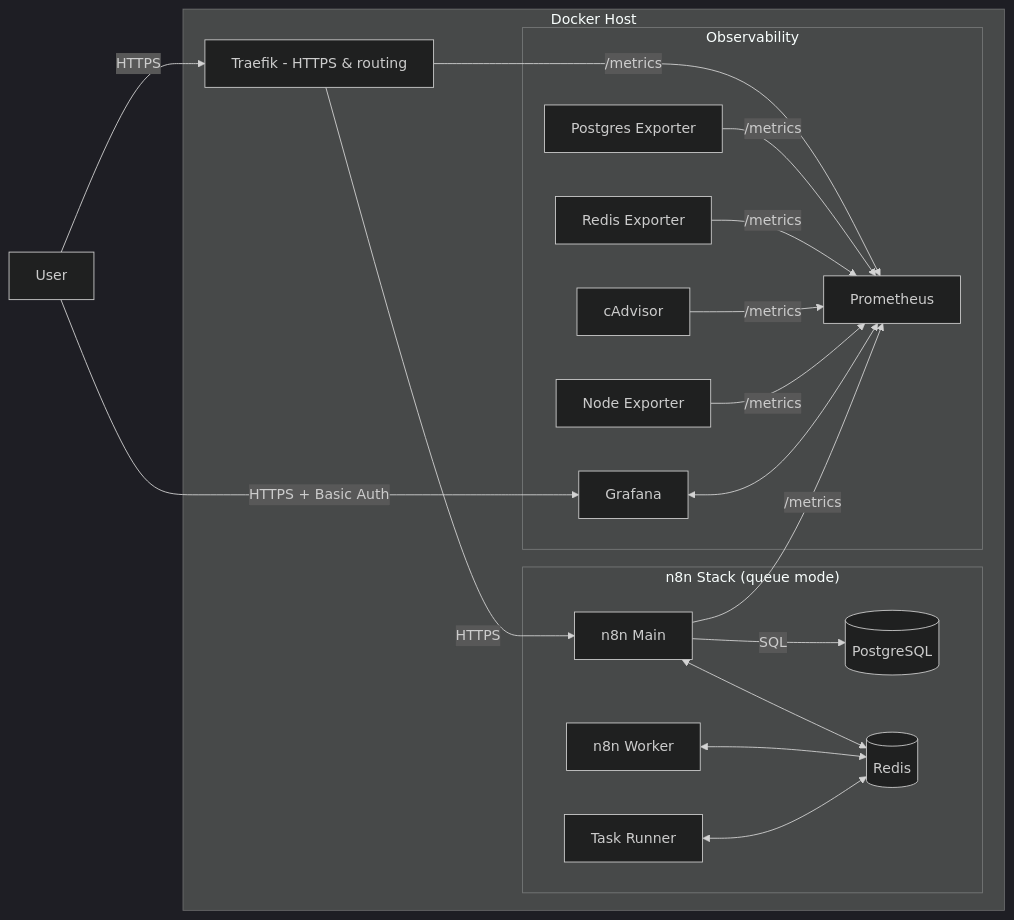
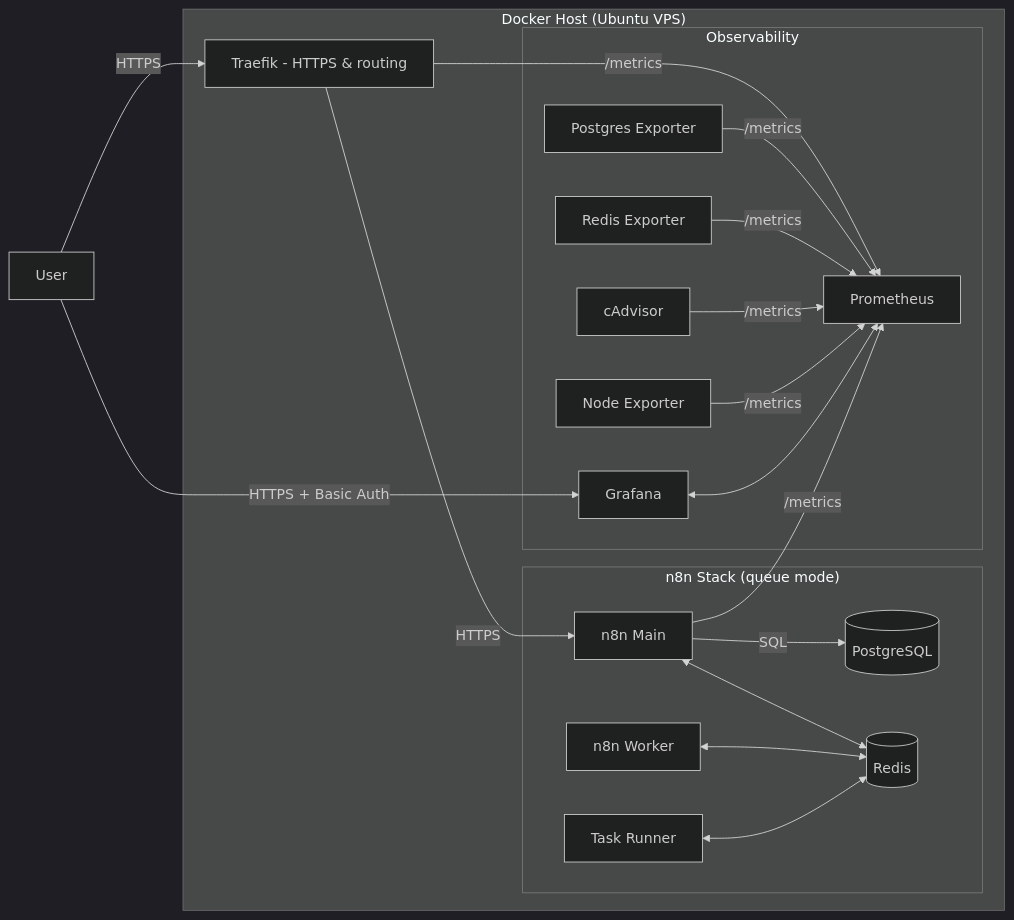
One commit to thenguyenvn90/n8n-observability changed the second of 3 diagrams in README.md. Above: the diagram before and after it, drawn with Mermaid (dark theme). The commit also changed other lines of this file, not shown here.

````diff
--- a/README.md
+++ b/README.md
@@ -61,45 +92,45 @@
 ```mermaid
 graph LR
   user[User]
 
-  subgraph host["Docker Host"]
+  subgraph host["Docker Host (Ubuntu VPS)"]
     traefik[Traefik - HTTPS & routing]
 
     subgraph n8n_stack["n8n Stack (queue mode)"]
       main[n8n Main]
       worker[n8n Worker]
       runner[Task Runner]
       postgres[(PostgreSQL)]
       redis[(Redis)]
     end
 
     subgraph obs["Observability"]
       prom[Prometheus]
       grafana[Grafana]
       pgexp[Postgres Exporter]
       redexp[Redis Exporter]
       cad[cAdvisor]
       nodeexp[Node Exporter]
     end
   end
 
   %% Traffic (labeled)
   user -- HTTPS --> traefik
   traefik -- HTTPS --> main
   main -- SQL --> postgres
   main <--> redis
   worker <--> redis
   runner <--> redis
 
   %% Metrics
   main -- /metrics --> prom
   traefik -- /metrics --> prom
   pgexp -- /metrics --> prom
   redexp -- /metrics --> prom
   cad -- /metrics --> prom
   nodeexp -- /metrics --> prom
 
   %% Dashboards
   grafana <--> prom
   user -- HTTPS + Basic Auth --> grafana
 ```
````
